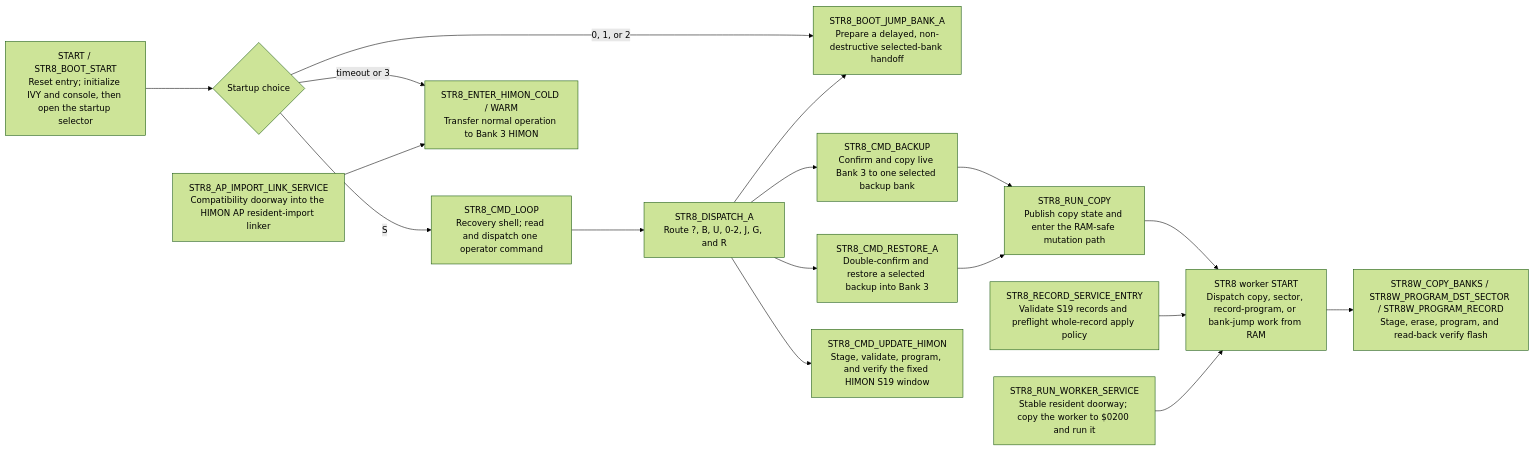
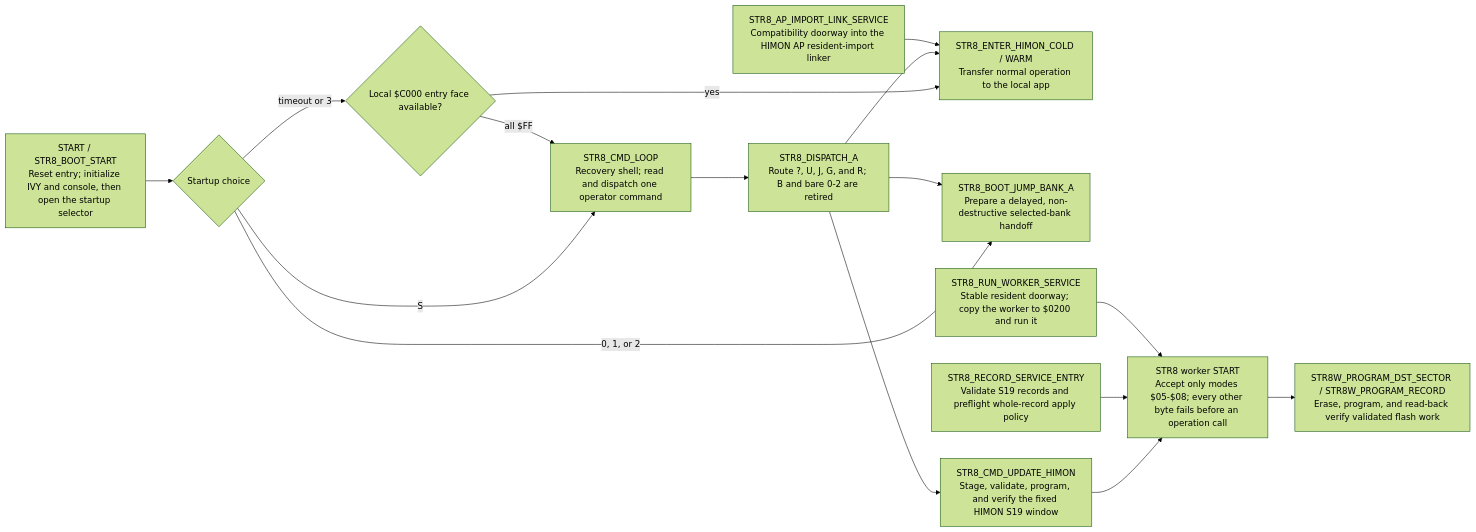
The first of 6 diagrams in DOC/GUIDES/STR8/STR8.md (95westus/R-YORS), drawn with Mermaid (forest theme) before and after one commit. The commit also changed other lines of this file and 35 other files, not shown here.

````diff
--- a/DOC/GUIDES/STR8/STR8.md
+++ b/DOC/GUIDES/STR8/STR8.md
@@ -56,22 +56,21 @@
 ```mermaid
 flowchart LR
     RESET["START / STR8_BOOT_START<br/>Reset entry; initialize IVY and console, then open the startup selector"] --> SELECT{"Startup choice"}
     SELECT -->|S| SHELL["STR8_CMD_LOOP<br/>Recovery shell; read and dispatch one operator command"]
-    SELECT -->|timeout or 3| HIMON["STR8_ENTER_HIMON_COLD / WARM<br/>Transfer normal operation to Bank 3 HIMON"]
+    SELECT -->|timeout or 3| BOOTCHECK{"Local $C000 entry face available?"}
+    BOOTCHECK -->|yes| HIMON["STR8_ENTER_HIMON_COLD / WARM<br/>Transfer normal operation to the local app"]
+    BOOTCHECK -->|all $FF| SHELL
     SELECT -->|0, 1, or 2| JUMP["STR8_BOOT_JUMP_BANK_A<br/>Prepare a delayed, non-destructive selected-bank handoff"]
 
-    SHELL --> DISPATCH["STR8_DISPATCH_A<br/>Route ?, B, U, 0-2, J, G, and R"]
-    DISPATCH --> BACKUP["STR8_CMD_BACKUP<br/>Confirm and copy live Bank 3 to one selected backup bank"]
-    DISPATCH --> RESTORE["STR8_CMD_RESTORE_A<br/>Double-confirm and restore a selected backup into Bank 3"]
+    SHELL --> DISPATCH["STR8_DISPATCH_A<br/>Route ?, U, J, G, and R; B and bare 0-2 are retired"]
     DISPATCH --> UPDATE["STR8_CMD_UPDATE_HIMON<br/>Stage, validate, program, and verify the fixed HIMON S19 window"]
     DISPATCH --> JUMP
+    DISPATCH --> HIMON
 
-    BACKUP --> COPY["STR8_RUN_COPY<br/>Publish copy state and enter the RAM-safe mutation path"]
-    RESTORE --> COPY
-    COPY --> WORKER["STR8 worker START<br/>Dispatch copy, sector, record-program, or bank-jump work from RAM"]
-    WORKER --> FLASH["STR8W_COPY_BANKS / STR8W_PROGRAM_DST_SECTOR / STR8W_PROGRAM_RECORD<br/>Stage, erase, program, and read-back verify flash"]
+    UPDATE --> WORKER["STR8 worker START<br/>Accept only modes $05-$08; every other byte fails before an operation call"]
+    WORKER --> FLASH["STR8W_PROGRAM_DST_SECTOR / STR8W_PROGRAM_RECORD<br/>Erase, program, and read-back verify validated flash work"]
 
     RECORD["STR8_RECORD_SERVICE_ENTRY<br/>Validate S19 records and preflight whole-record apply policy"] --> WORKER
     SERVICE["STR8_RUN_WORKER_SERVICE<br/>Stable resident doorway; copy the worker to $0200 and run it"] --> WORKER
     APLINK["STR8_AP_IMPORT_LINK_SERVICE<br/>Compatibility doorway into the HIMON AP resident-import linker"] --> HIMON
 ```
````
